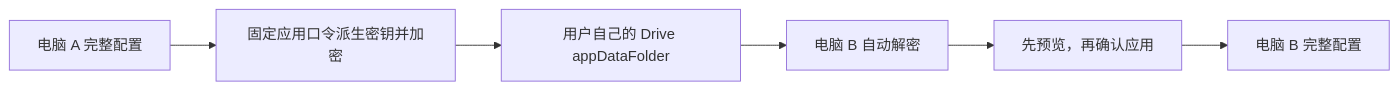
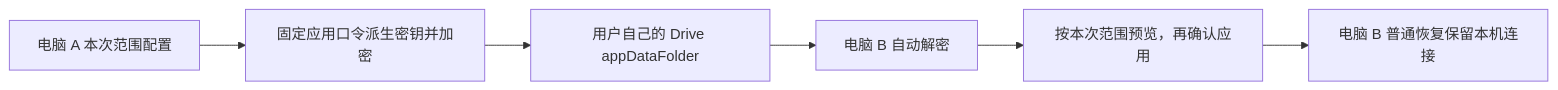
One commit to ArietidsZ/FluentRead changed the second of 4 diagrams in docs/maintainers/google-drive-sync-guide.md. Above: the diagram before and after it, drawn with Mermaid. The commit also changed other lines of this file and 38 other files, not shown here.

````diff
--- a/docs/maintainers/google-drive-sync-guide.md
+++ b/docs/maintainers/google-drive-sync-guide.md
@@ -80,8 +99,8 @@
 ```mermaid
 flowchart LR
-    A[电脑 A 完整配置] --> EA[固定应用口令派生密钥并加密]
+    A[电脑 A 本次范围配置] --> EA[固定应用口令派生密钥并加密]
     EA --> D[用户自己的 Drive appDataFolder]
     D --> EB[电脑 B 自动解密]
-    EB --> P[先预览，再确认应用]
-    P --> B[电脑 B 完整配置]
+    EB --> P[按本次范围预览，再确认应用]
+    P --> B[电脑 B 普通恢复保留本机连接]
 ```
````
